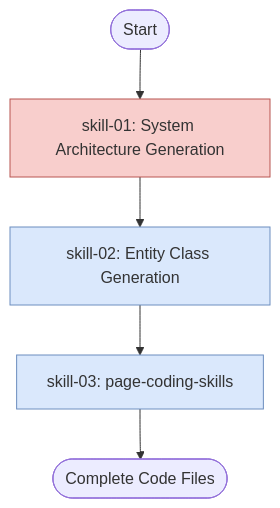
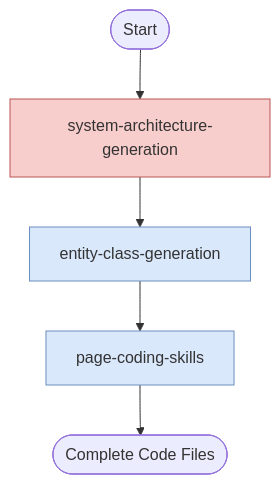
One commit to zhongadamwang/PRG changed the diagram in .github/skills/sanjel-coding-skills/SKILL.md. Above: the diagram before and after it, drawn with Mermaid. The commit also changed other lines of this file and 8 other files, not shown here.

````diff
--- a/.github/skills/sanjel-coding-skills/SKILL.md
+++ b/.github/skills/sanjel-coding-skills/SKILL.md
@@ -20,16 +20,16 @@
 ```mermaid
 graph TB
-	Start([Start]) --> S01[skill-01: System Architecture Generation]
-	S01 --> S02[skill-02: Entity Class Generation]
-	S02 --> S03[skill-03: page-coding-skills]
-	click S03 "./page-generation/plan.md"
+	Start([Start]) --> S01[system-architecture-generation]
+	S01 --> S02[entity-class-generation]
+	S02 --> S03[page-coding-skills]
+	click S03 "./page-generation/SKILL.md"
 
 	S03 --> End([Complete Code Files])
 
 	classDef arch fill:#f8cecc,stroke:#b85450;
 	classDef core fill:#dae8fc,stroke:#6c8ebf;
 	classDef page fill:#fff2cc,stroke:#d6b656;
 
 	class S01 arch;
 	class S02,S03 core;
 ```
````
